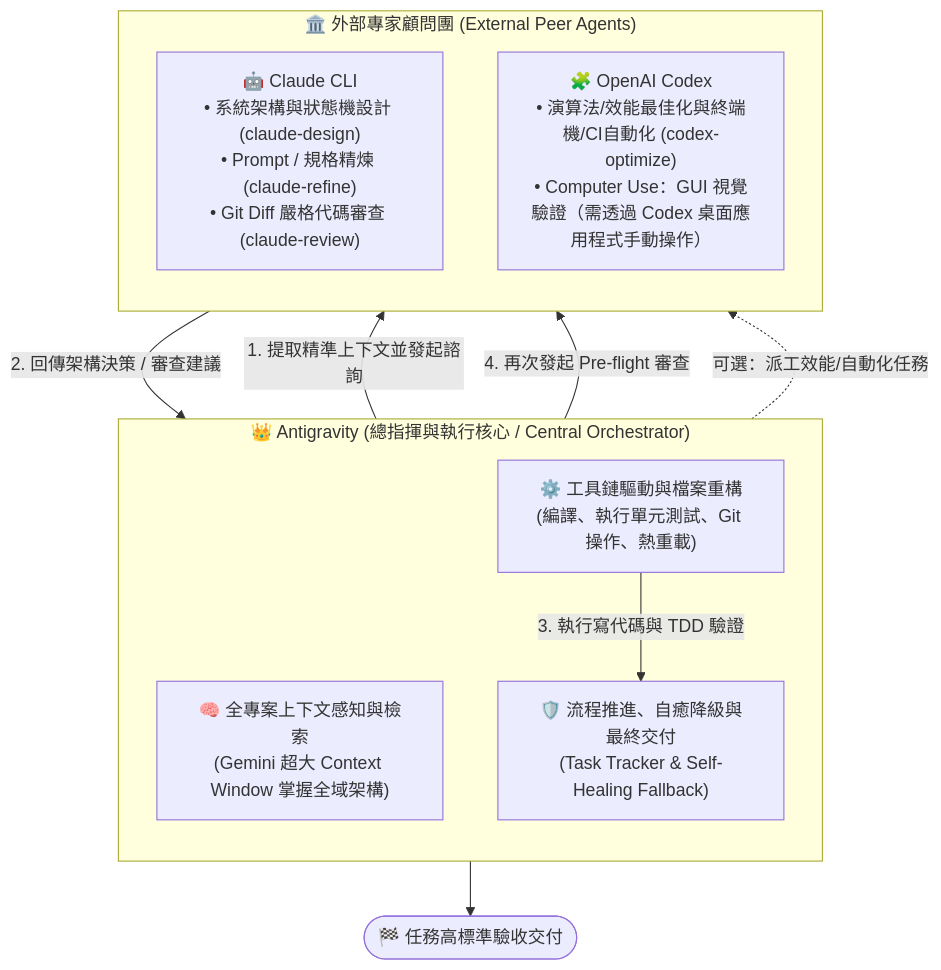
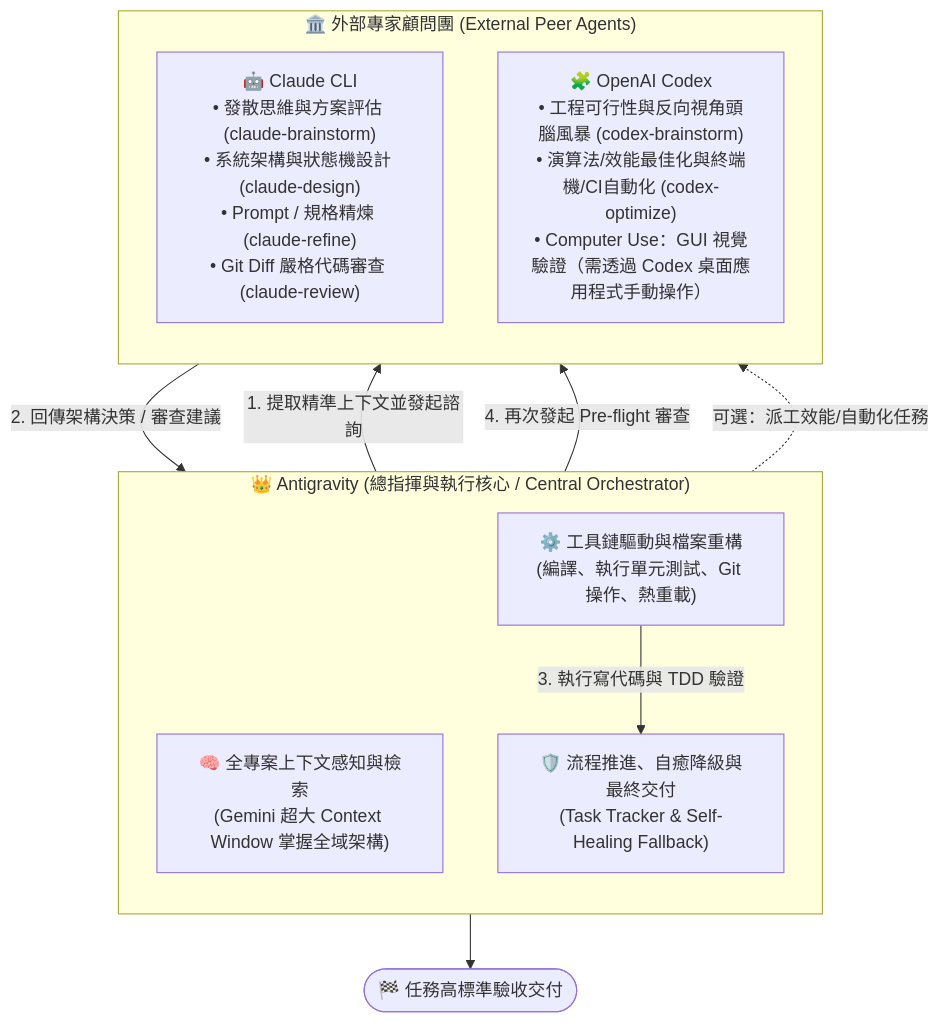
The first of 2 diagrams in README_zh.md (gogog22510/agent-collaborator), drawn with Mermaid before and after one commit. The commit also changed other lines of this file and 11 other files, not shown here.

Commit message:
feat: add claude-brainstorm and codex-brainstorm tools, fix rate-limit false fallback, update templates and docs

````diff
--- a/README_zh.md
+++ b/README_zh.md
@@ -16,22 +16,22 @@
 ```mermaid
 flowchart TD
     subgraph Orchestrator["👑 Antigravity (總指揮與執行核心 / Central Orchestrator)"]
         direction TB
         Awareness["🧠 全專案上下文感知與檢索<br/>(Gemini 超大 Context Window 掌握全域架構)"]
         Engine["⚙️ 工具鏈驅動與檔案重構<br/>(編譯、執行單元測試、Git 操作、熱重載)"]
         Supervisor["🛡️ 流程推進、自癒降級與最終交付<br/>(Task Tracker & Self-Healing Fallback)"]
     end
 
     subgraph PeerCouncil["🏛️ 外部專家顧問團 (External Peer Agents)"]
         direction TB
-        Claude["🤖 Claude CLI<br/>• 系統架構與狀態機設計 (claude-design)<br/>• Prompt / 規格精煉 (claude-refine)<br/>• Git Diff 嚴格代碼審查 (claude-review)"]
-        Codex["🧩 OpenAI Codex<br/>• 演算法/效能最佳化與終端機/CI自動化 (codex-optimize)<br/>• Computer Use：GUI 視覺驗證（需透過 Codex 桌面應用程式手動操作）"]
+        Claude["🤖 Claude CLI<br/>• 發散思維與方案評估 (claude-brainstorm)<br/>• 系統架構與狀態機設計 (claude-design)<br/>• Prompt / 規格精煉 (claude-refine)<br/>• Git Diff 嚴格代碼審查 (claude-review)"]
+        Codex["🧩 OpenAI Codex<br/>• 工程可行性與反向視角頭腦風暴 (codex-brainstorm)<br/>• 演算法/效能最佳化與終端機/CI自動化 (codex-optimize)<br/>• Computer Use：GUI 視覺驗證（需透過 Codex 桌面應用程式手動操作）"]
     end
 
     Awareness -->|1. 提取精準上下文並發起諮詢| Claude
     Claude -->|2. 回傳架構決策 / 審查建議| Engine
     Engine -->|3. 執行寫代碼與 TDD 驗證| Supervisor
     Supervisor -->|4. 再次發起 Pre-flight 審查| Claude
     Supervisor -.->|可選：派工效能/自動化任務| Codex
     Supervisor --> Done(["🏁 任務高標準驗收交付"])
 ```
````
